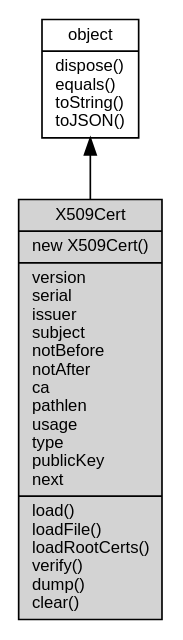
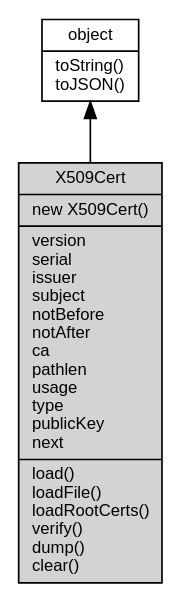
Before and after one commit to asionius/fibjs-ceph: the diagram in docs/object/ifs/X509Cert.md, drawn with Graphviz. The commit also changed other lines of this file and 138 other files, not shown here.

````diff
--- a/docs/object/ifs/X509Cert.md
+++ b/docs/object/ifs/X509Cert.md
@@ -11,10 +11,10 @@
 ```dot
 digraph {
     node [fontname="Helvetica,sans-Serif", fontsize=10, shape="record", style="filled", fillcolor="white"];
 
-    object [tooltip="object", URL="object.md", label="{object|dispose()\lequals()\ltoString()\ltoJSON()\l}"];
-    X509Cert [tooltip="X509Cert", fillcolor="lightgray", label="{X509Cert|new X509Cert()\l|version\lserial\lissuer\lsubject\lnotBefore\lnotAfter\lca\lpathlen\lusage\ltype\lpublicKey\lnext\l|load()\lloadFile()\lloadRootCerts()\lverify()\ldump()\lclear()\l}"];
+    object [tooltip="object", URL="object.md", label="{object|toString()\ltoJSON()\l}"];
+    X509Cert [tooltip="X509Cert", fillcolor="lightgray", id="me", label="{X509Cert|new X509Cert()\l|version\lserial\lissuer\lsubject\lnotBefore\lnotAfter\lca\lpathlen\lusage\ltype\lpublicKey\lnext\l|load()\lloadFile()\lloadRootCerts()\lverify()\ldump()\lclear()\l}"];
 
     object -> X509Cert [dir=back];
 }
 ```
````
